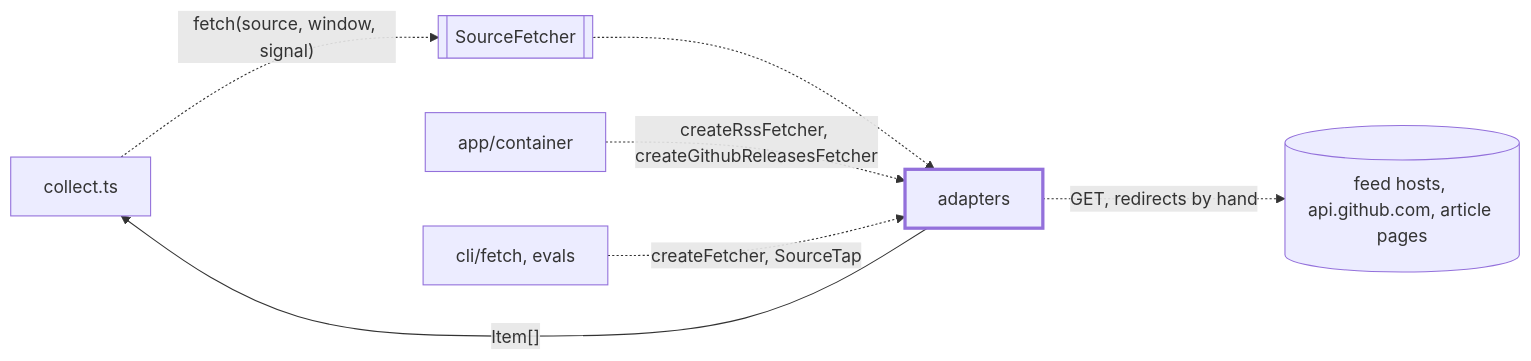
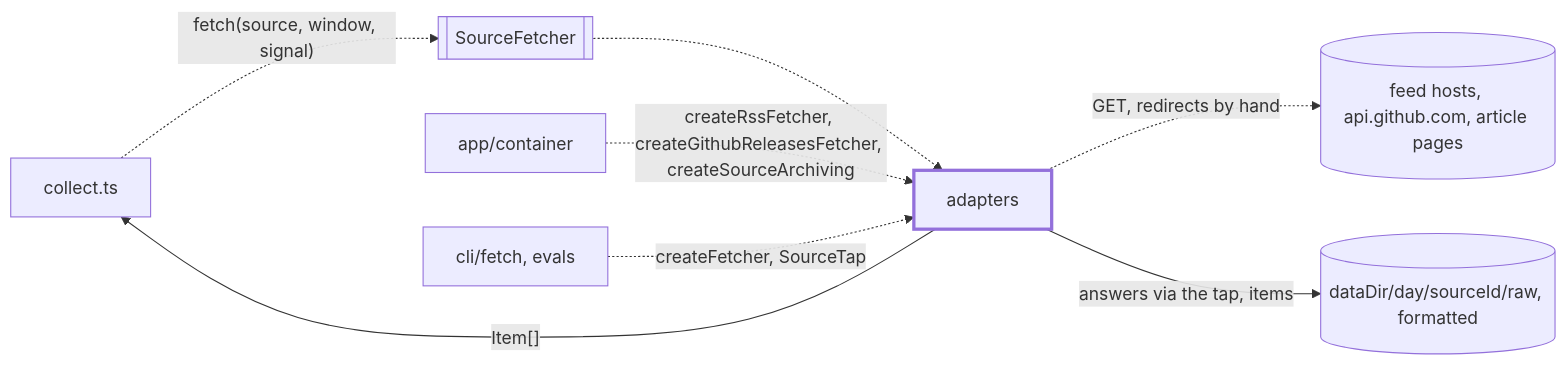
One commit to odere-pro/weekly-engineering-digest-agent changed the first of 2 diagrams in src/sources/adapters/CLAUDE.md. Above: the diagram before and after it, drawn with Mermaid. The commit also changed other lines of this file and 133 other files, not shown here.

````diff
--- a/src/sources/adapters/CLAUDE.md
+++ b/src/sources/adapters/CLAUDE.md
@@ -10,10 +10,11 @@
 ```mermaid
 flowchart LR
   collect["collect.ts"] -.->|"fetch(source, window, signal)"| port[[SourceFetcher]]
   port -.-> adapters:::focus
-  container["app/container"] -.->|"createRssFetcher, createGithubReleasesFetcher"| adapters
+  container["app/container"] -.->|"createRssFetcher, createGithubReleasesFetcher, createSourceArchiving"| adapters
   tools["cli/fetch, evals"] -.->|"createFetcher, SourceTap"| adapters
   adapters -.->|"GET, redirects by hand"| net[("feed hosts, api.github.com, article pages")]
   adapters -->|"Item[]"| collect
+  adapters -->|"answers via the tap, items"| archive[("dataDir/day/sourceId/raw, formatted")]
   classDef focus stroke-width:3px
 ```
````
